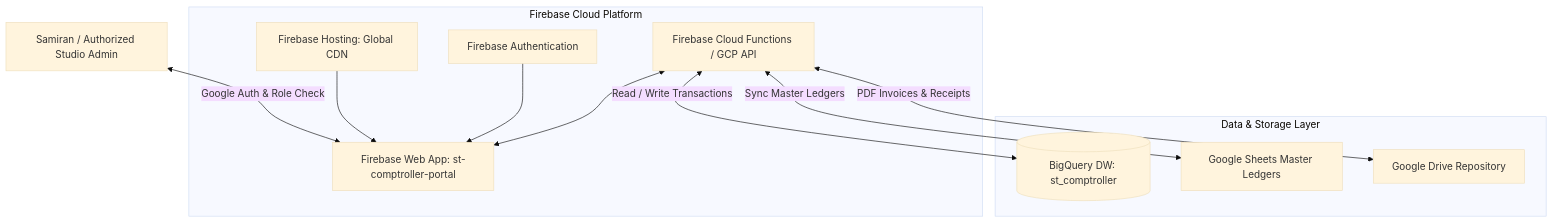
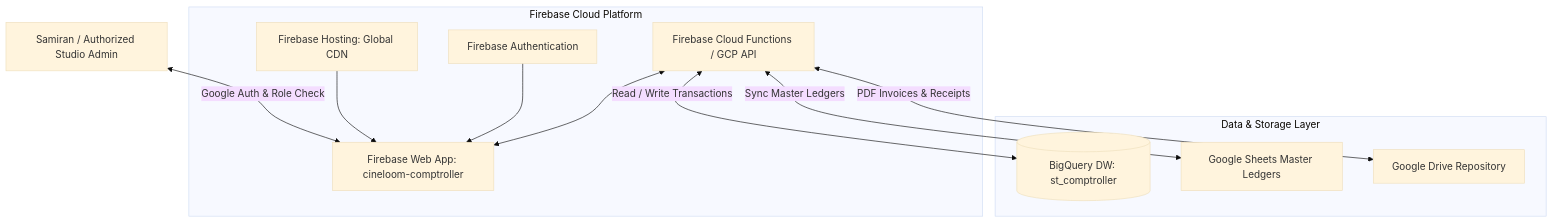
Before and after one commit to samiransonowal/sync-st: the diagram in documentation/implementation-plans/firebase_dashboard_migration_plan.md, drawn with Mermaid (base theme). The commit also changed other lines of this file and 100 other files, not shown here.

````diff
--- a/documentation/implementation-plans/firebase_dashboard_migration_plan.md
+++ b/documentation/implementation-plans/firebase_dashboard_migration_plan.md
@@ -15,16 +15,16 @@
 ```mermaid
 flowchart TD
-    User[Samiran / Authorized Studio Admin] <-->|Google Auth & Role Check| FirebaseApp[Firebase Web App: st-comptroller-portal]
+    User[Samiran / Authorized Studio Admin] <-->|Google Auth & Role Check| FirebaseApp[Firebase Web App: cineloom-comptroller]
     
     subgraph Firebase Cloud Platform
         Hosting[Firebase Hosting: Global CDN] --> FirebaseApp
         Auth[Firebase Authentication] --> FirebaseApp
         Functions[Firebase Cloud Functions / GCP API] <--> FirebaseApp
     end
     
     subgraph Data & Storage Layer
         Functions <-->|Read / Write Transactions| BigQuery[(BigQuery DW: st_comptroller)]
         Functions <-->|Sync Master Ledgers| GoogleSheets[Google Sheets Master Ledgers]
         Functions <-->|PDF Invoices & Receipts| GoogleDrive[Google Drive Repository]
     end
 ```
````
